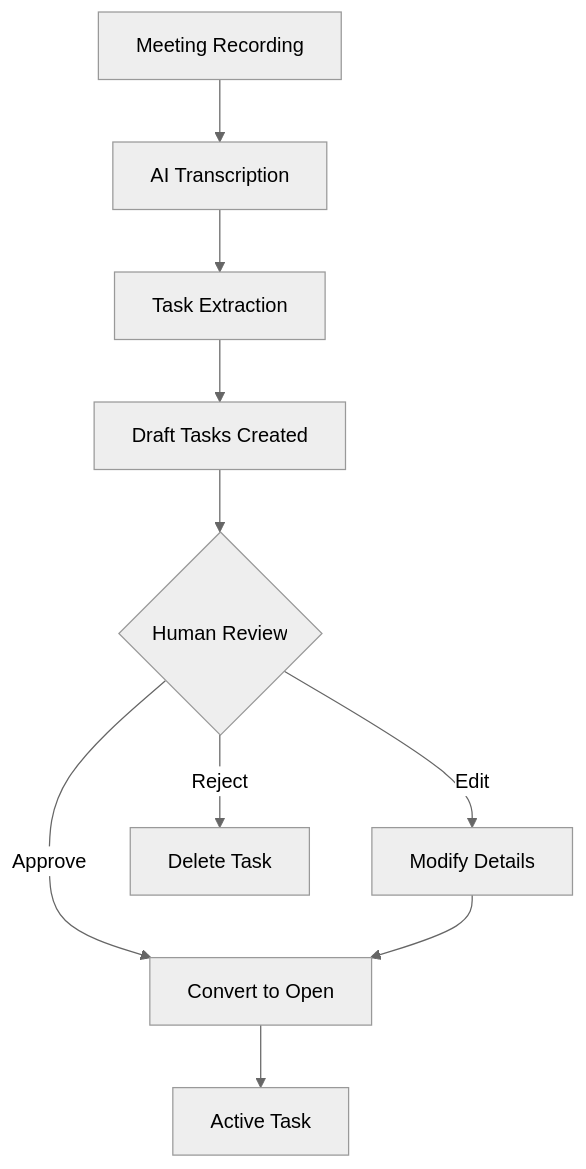
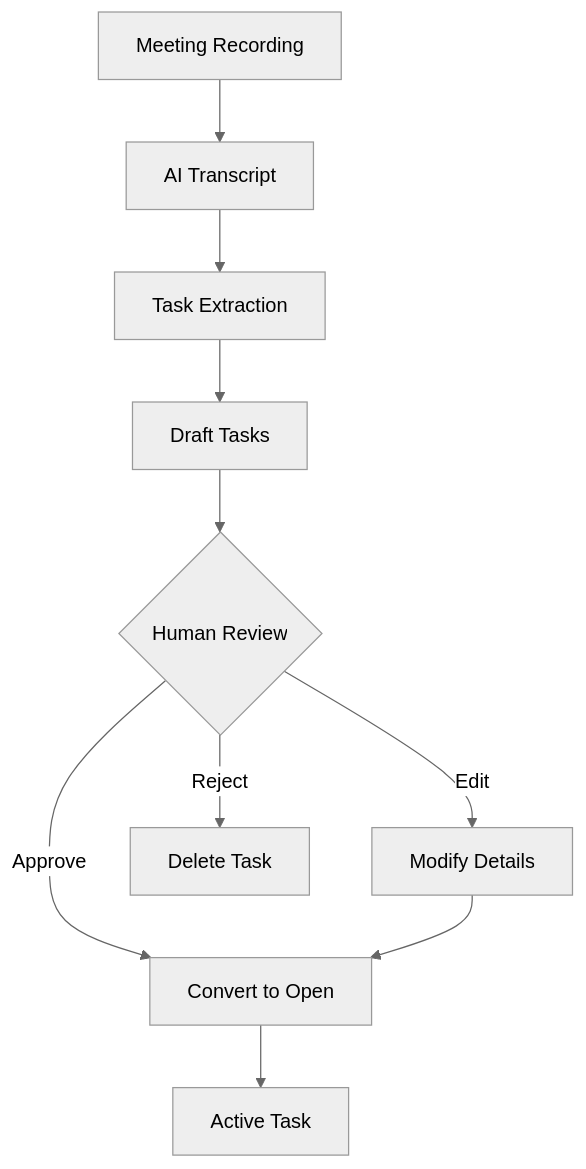
The diagram in src/content/docs/pro/integrations/extract-tasks-from-meetings.mdx (tallyfy/documentation), drawn with Mermaid (neutral theme) before and after one commit. The commit also changed other lines of this file and 46 other files, not shown here.

Commit message:
Update Mermaid notation

````diff
--- a/src/content/docs/pro/integrations/extract-tasks-from-meetings.mdx
+++ b/src/content/docs/pro/integrations/extract-tasks-from-meetings.mdx
@@ -79,17 +79,17 @@
 ```mermaid
 flowchart TD
-    Start["Meeting Recording"] --> Transcribe["AI Transcription"]
+    Start["Meeting Recording"] --> Transcribe["AI Transcript"]
     
     Transcribe --> Extract["Task Extraction"]
     
-    Extract --> Draft["Draft Tasks Created"]
+    Extract --> Draft["Draft Tasks"]
     
     Draft --> Review{"Human Review"}
     
     Review -->|Approve| Convert["Convert to Open"]
     Review -->|Edit| Edit["Modify Details"]
     Review -->|Reject| Delete["Delete Task"]
     
     Edit --> Convert
     Convert --> Track["Active Task"]
 ```
````
